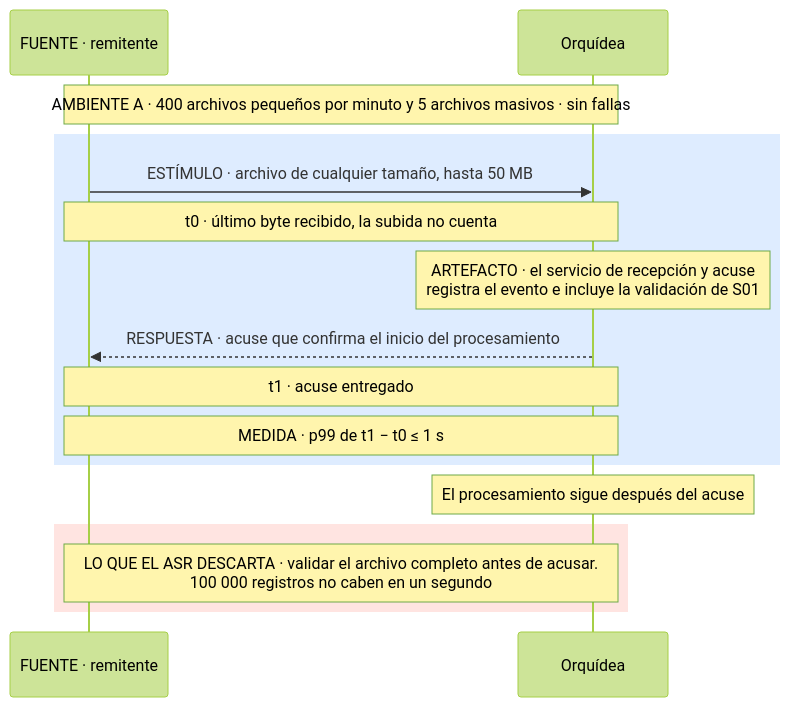
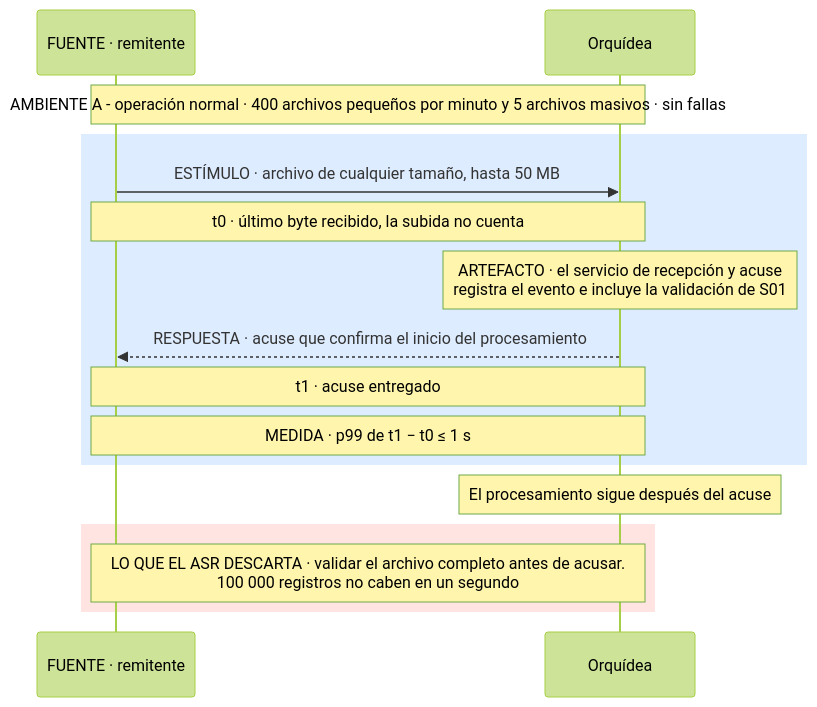
One commit to MATI-MBIT/arqsoft-reto-4 changed the ninth of 17 diagrams in docs/quality-attributes.md. Above: the diagram before and after it, drawn with Mermaid (forest theme). The commit also changed other lines of this file and 6 other files, not shown here.

````diff
--- a/docs/quality-attributes.md
+++ b/docs/quality-attributes.md
@@ -470,18 +470,18 @@
 ```mermaid
 sequenceDiagram
     participant R as FUENTE · remitente
     participant O as Orquídea
-    Note over R,O: AMBIENTE A · 400 archivos pequeños por minuto y 5 archivos masivos · sin fallas
+    Note over R,O: AMBIENTE A - operación normal · 400 archivos pequeños por minuto y 5 archivos masivos · sin fallas
     rect rgb(222, 236, 255)
     R->>O: ESTÍMULO · archivo de cualquier tamaño, hasta 50 MB
     Note over R,O: t0 · último byte recibido, la subida no cuenta
     Note over O: ARTEFACTO · el servicio de recepción y acuse<br/>registra el evento e incluye la validación de S01
     O-->>R: RESPUESTA · acuse que confirma el inicio del procesamiento
     Note over R,O: t1 · acuse entregado
     Note over R,O: MEDIDA · p99 de t1 − t0 ≤ 1 s
     end
     Note over O: El procesamiento sigue después del acuse
     rect rgb(255, 228, 225)
     Note over R,O: LO QUE EL ASR DESCARTA · validar el archivo completo antes de acusar.<br/>100 000 registros no caben en un segundo
     end
 ```
````
